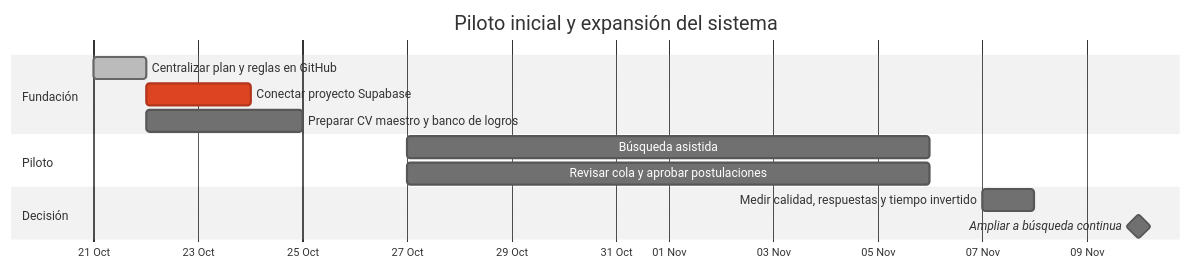
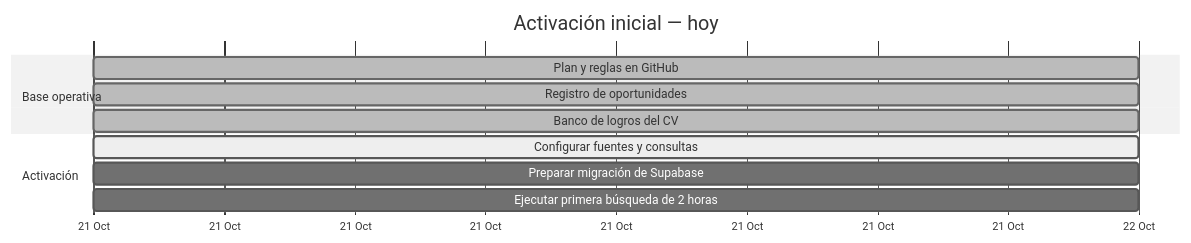
One commit to mariaarosemena38-pixel/Mafe-Automation changed the third of 4 diagrams in docs/plan-busqueda-empleo.md. Above: the diagram before and after it, drawn with Mermaid (neutral theme). The commit also changed other lines of this file and 2 other files, not shown here.

Commit message:
docs: simplify today job search activation plan

````diff
--- a/docs/plan-busqueda-empleo.md
+++ b/docs/plan-busqueda-empleo.md
@@ -108,16 +108,14 @@
 ```mermaid
 gantt
-  title Piloto inicial y expansión del sistema
+  title Activación inicial — hoy
   dateFormat  YYYY-MM-DD
   axisFormat  %d %b
-  section Fundación
-  Centralizar plan y reglas en GitHub       :done, 2026-10-21, 1d
-  Conectar proyecto Supabase                :crit, 2026-10-22, 2d
-  Preparar CV maestro y banco de logros     :2026-10-22, 3d
-  section Piloto
-  Búsqueda asistida: 2 horas, lunes a viernes :2026-10-27, 10d
-  Revisar cola y aprobar postulaciones        :2026-10-27, 10d
-  section Decisión
-  Medir calidad, respuestas y tiempo invertido :2026-11-07, 1d
-  Ampliar a búsqueda continua                  :milestone, 2026-11-10, 0d
+  section Base operativa
+  Plan y reglas en GitHub                   :done, 2026-10-21, 1d
+  Registro de oportunidades                 :done, 2026-10-21, 1d
+  Banco de logros del CV                    :done, 2026-10-21, 1d
+  section Activación
+  Configurar fuentes y consultas            :active, 2026-10-21, 1d
+  Preparar migración de Supabase             :2026-10-21, 1d
+  Ejecutar primera búsqueda de 2 horas       :2026-10-21, 1d
 ```
````
